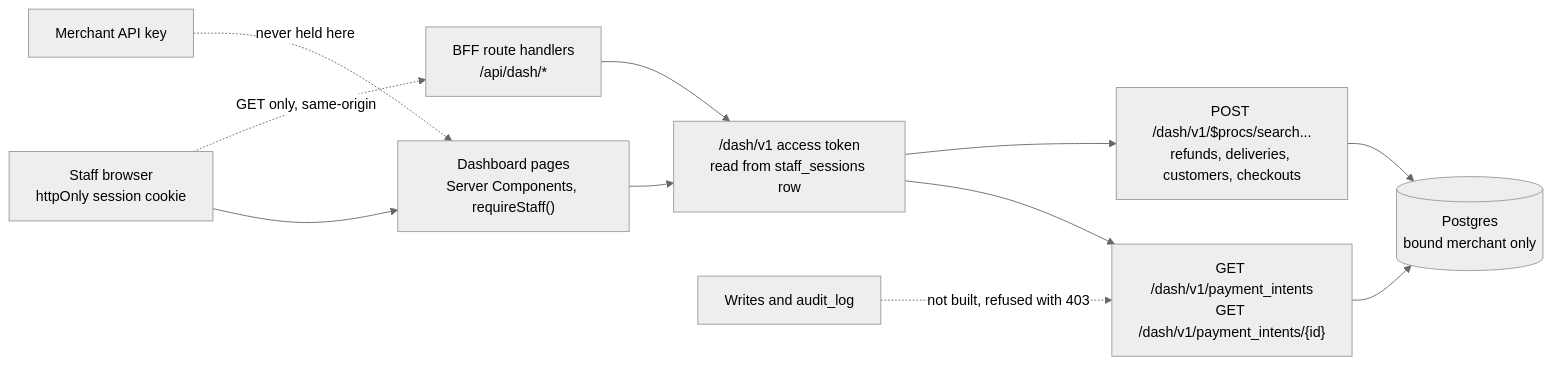
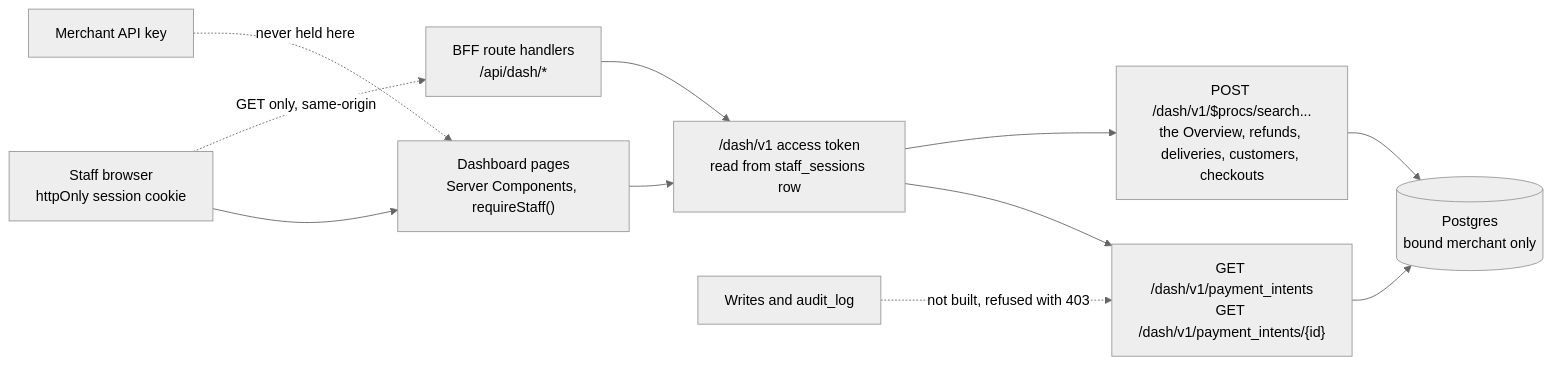
One commit to vaam-apps/vpay-docs changed the diagram in docs/dashboard/index.md. Above: the diagram before and after it, drawn with Mermaid (neutral theme). The commit also changed other lines of this file and 41 other files, not shown here.

````diff
--- a/docs/dashboard/index.md
+++ b/docs/dashboard/index.md
@@ -73,13 +77,13 @@
 ```mermaid
 flowchart LR
     B["Staff browser<br/>httpOnly session cookie"] --> P["Dashboard pages<br/>Server Components, requireStaff()"]
     B -.->|"GET only, same-origin"| F["BFF route handlers<br/>/api/dash/*"]
     P --> T["/dash/v1 access token<br/>read from staff_sessions row"]
     F --> T
     T --> R["GET /dash/v1/payment_intents<br/>GET /dash/v1/payment_intents/{id}"]
-    T --> Q["POST /dash/v1/$procs/search...<br/>refunds, deliveries, customers, checkouts"]
+    T --> Q["POST /dash/v1/$procs/search...<br/>the Overview, refunds, deliveries, customers, checkouts"]
     R --> DB[("Postgres<br/>bound merchant only")]
     Q --> DB
     X["Merchant API key"] -.->|"never held here"| P
     W["Writes and audit_log"] -.->|"not built, refused with 403"| R
 ```
````
